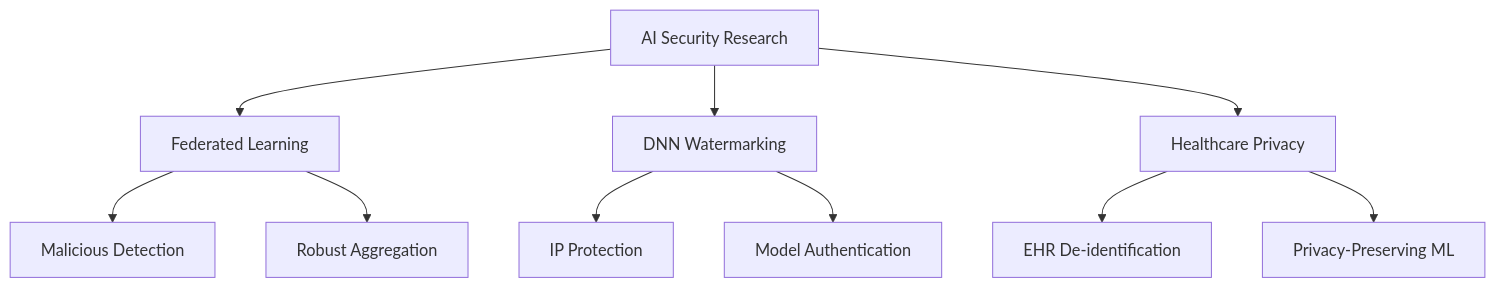
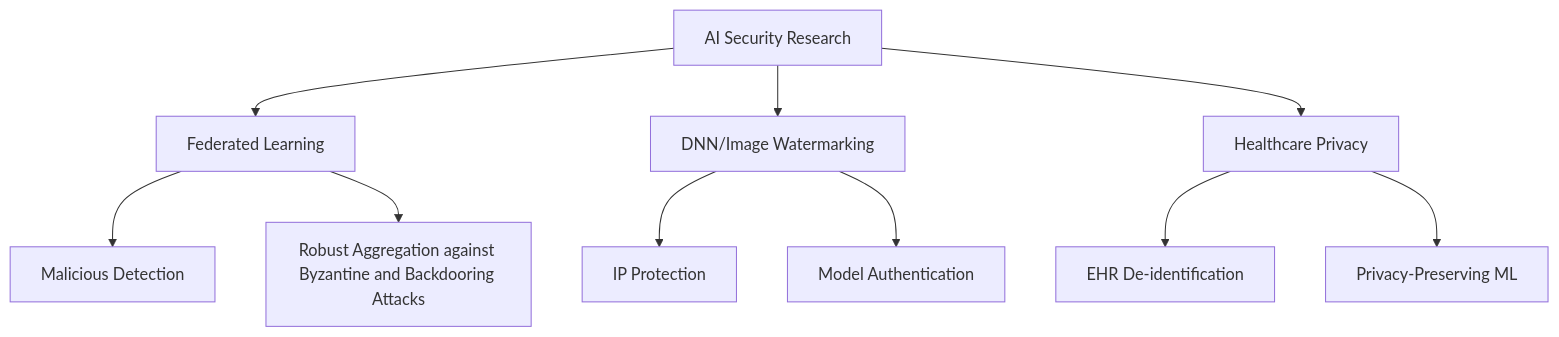
Before and after one commit to Bellafqira/Bellafqira: the diagram in README.md, drawn with Mermaid. The commit also changed other lines of this file, not shown here.

````diff
--- a/README.md
+++ b/README.md
@@ -136,12 +141,12 @@
 ```mermaid
 graph TD
     A[AI Security Research] --> B[Federated Learning]
-    A --> C[DNN Watermarking]
+    A --> C[DNN/Image Watermarking]
     A --> D[Healthcare Privacy]
     B --> E[Malicious Detection]
-    B --> F[Robust Aggregation]
+    B --> F[Robust Aggregation against Byzantine and Backdooring Attacks]
     C --> G[IP Protection]
     C --> H[Model Authentication]
     D --> I[EHR De-identification]
     D --> J[Privacy-Preserving ML]
 ```
````
